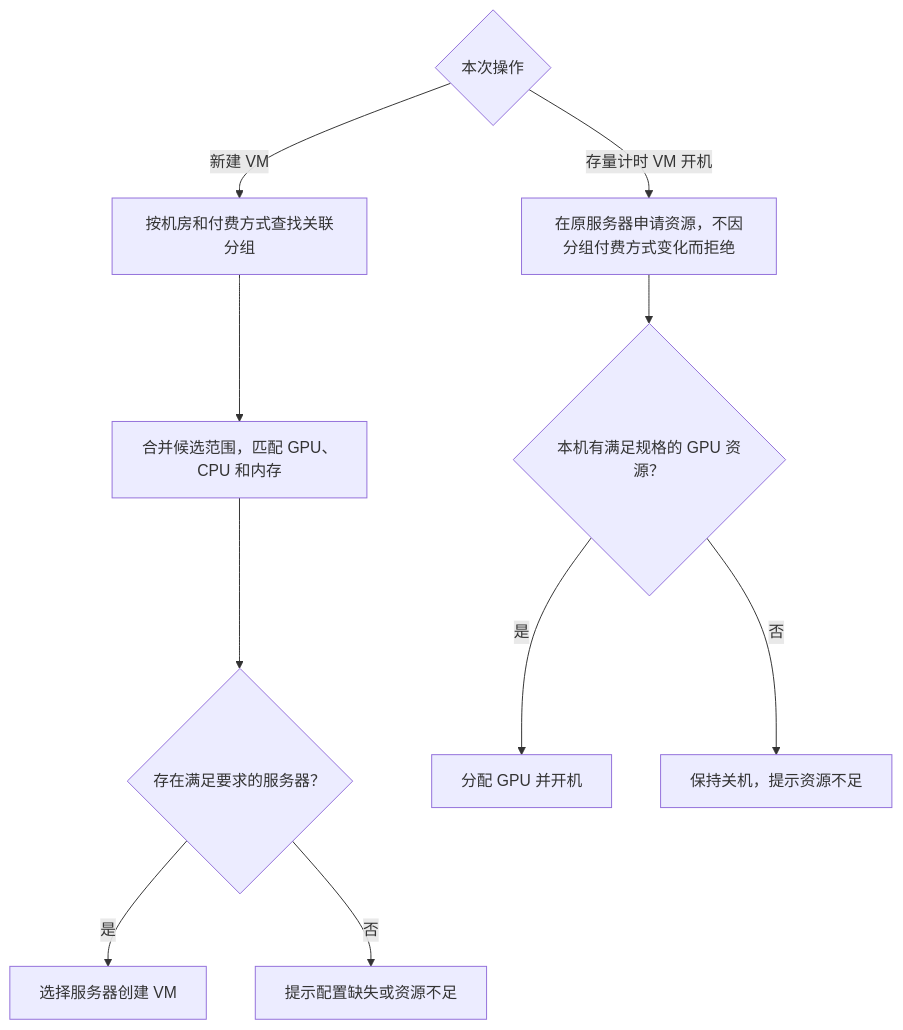
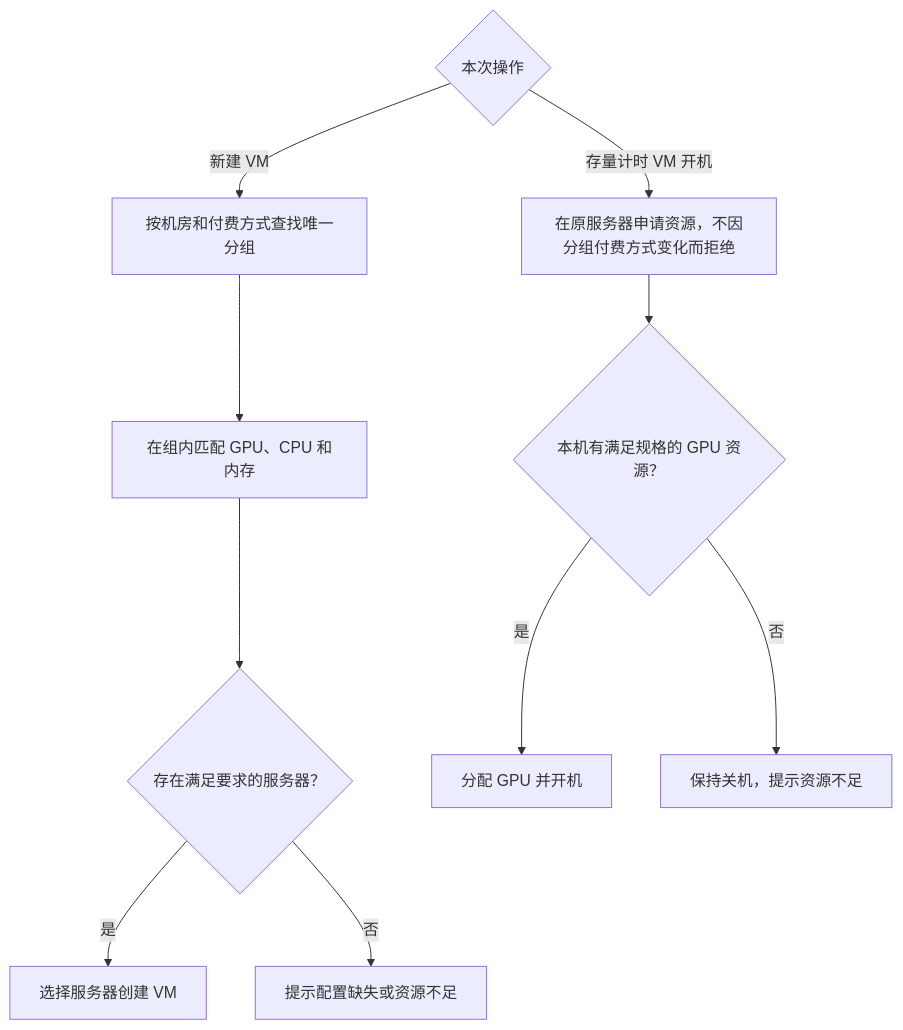
The fourth of 4 diagrams in public/prototypes/运营端/GPU资源分组-流程图.md (ks00171017-sk/onelinkai-console-preview), drawn with Mermaid before and after one commit. The commit also changed other lines of this file and 1 other file, not shown here.

Commit message:
Enforce region-scoped billing ownership and refine GPU idle displays

````diff
--- a/public/prototypes/运营端/GPU资源分组-流程图.md
+++ b/public/prototypes/运营端/GPU资源分组-流程图.md
@@ -80,13 +95,13 @@
 ```mermaid
 flowchart TD
   request{"本次操作"}
-  request -->|"新建 VM"| region["按机房和付费方式查找关联分组"]
-  region --> candidates["合并候选范围，匹配 GPU、CPU 和内存"]
+  request -->|"新建 VM"| region["按机房和付费方式查找唯一分组"]
+  region --> candidates["在组内匹配 GPU、CPU 和内存"]
   candidates --> enough{"存在满足要求的服务器？"}
   enough -->|"是"| allocate["选择服务器创建 VM"]
   enough -->|"否"| failCreate["提示配置缺失或资源不足"]
   request -->|"存量计时 VM 开机"| original["在原服务器申请资源，不因分组付费方式变化而拒绝"]
   original --> free{"本机有满足规格的 GPU 资源？"}
   free -->|"是"| start["分配 GPU 并开机"]
   free -->|"否"| failStart["保持关机，提示资源不足"]
 ```
````
